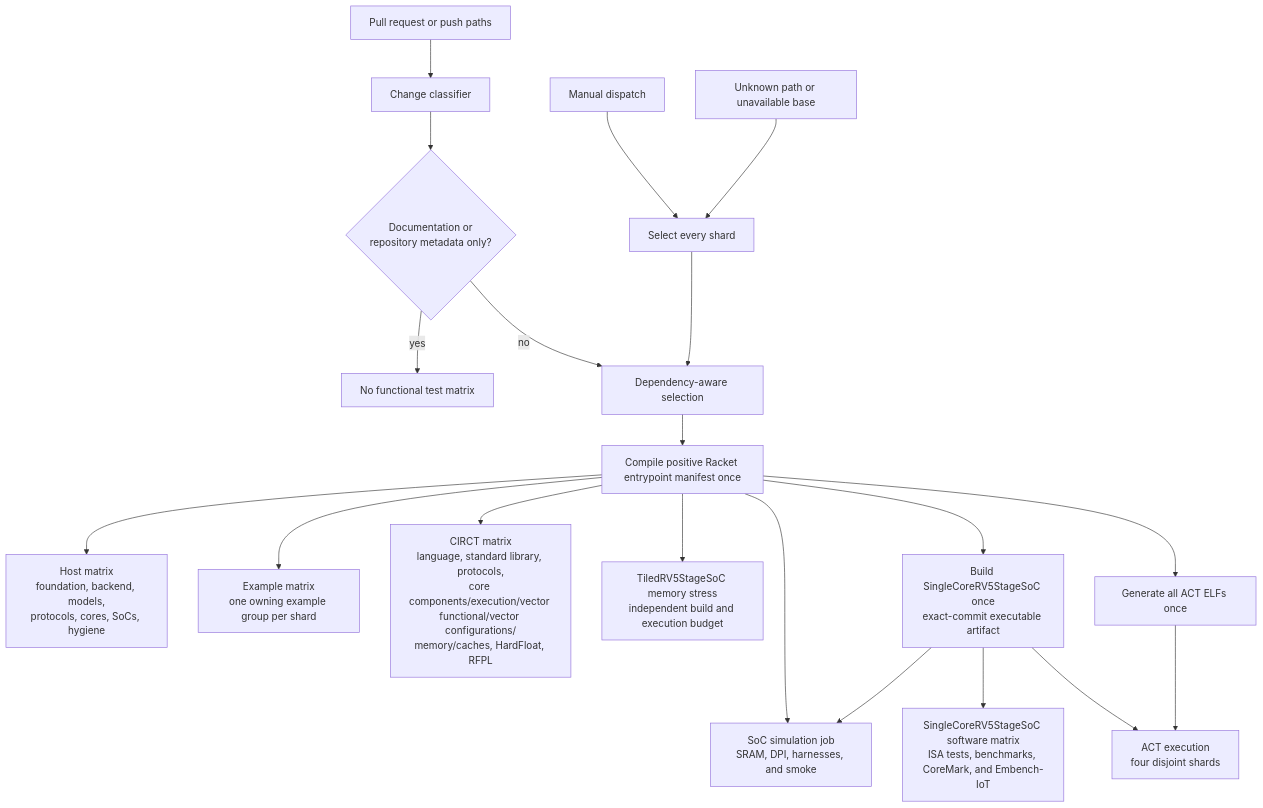
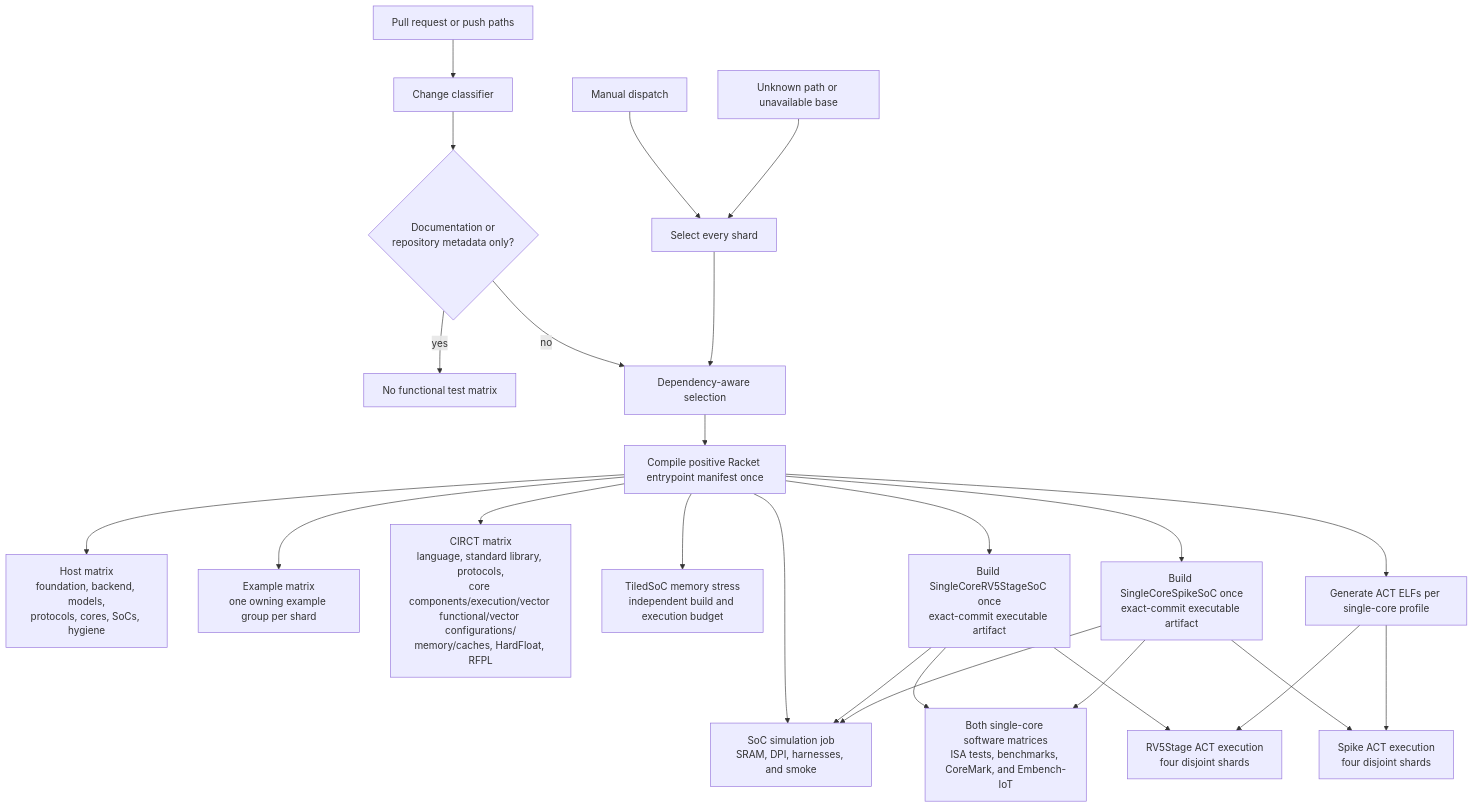
One commit to jerryz123/rhodium changed the diagram in tools/testing/DEVELOPING.md. Above: the diagram before and after it, drawn with Mermaid. The commit also changed other lines of this file and 121 other files, not shown here.

````diff
--- a/tools/testing/DEVELOPING.md
+++ b/tools/testing/DEVELOPING.md
@@ -87,22 +87,27 @@
 ```mermaid
 flowchart TD
     Changes["Pull request or push paths"] --> Classifier["Change classifier"]
     Manual["Manual dispatch"] --> All["Select every shard"]
     Unknown["Unknown path or unavailable base"] --> All
     Classifier --> Docs{"Documentation or<br/>repository metadata only?"}
     Docs -->|yes| None["No functional test matrix"]
     Docs -->|no| Selected["Dependency-aware selection"]
     All --> Selected
     Selected --> Compile["Compile positive Racket entrypoint manifest once"]
     Compile --> Host["Host matrix<br/>foundation, backend, models,<br/>protocols, cores, SoCs, hygiene"]
     Compile --> Examples["Example matrix<br/>one owning example group per shard"]
     Compile --> CIRCT["CIRCT matrix<br/>language, standard library, protocols,<br/>core components/execution/vector functional/vector configurations/<br/>memory/caches, HardFloat, RFPL"]
     Compile --> Simulation["SoC simulation job<br/>SRAM, DPI, harnesses, and smoke"]
-    Compile --> TiledMemory["TiledRV5StageSoC memory stress<br/>independent build and execution budget"]
+    Compile --> TiledMemory["TiledSoC memory stress<br/>independent build and execution budget"]
     Compile --> SimpleBuild["Build SingleCoreRV5StageSoC once<br/>exact-commit executable artifact"]
+    Compile --> SpikeBuild["Build SingleCoreSpikeSoC once<br/>exact-commit executable artifact"]
     SimpleBuild --> Simulation
-    SimpleBuild --> Programs["SingleCoreRV5StageSoC software matrix<br/>ISA tests, benchmarks, CoreMark, and Embench-IoT"]
-    Compile --> ActBuild["Generate all ACT ELFs once"]
-    SimpleBuild --> ActRun["ACT execution<br/>four disjoint shards"]
+    SpikeBuild --> Simulation
+    SimpleBuild --> Programs["Both single-core software matrices<br/>ISA tests, benchmarks, CoreMark, and Embench-IoT"]
+    SpikeBuild --> Programs
+    Compile --> ActBuild["Generate ACT ELFs per single-core profile"]
+    SimpleBuild --> ActRun["RV5Stage ACT execution<br/>four disjoint shards"]
+    SpikeBuild --> SpikeActRun["Spike ACT execution<br/>four disjoint shards"]
     ActBuild --> ActRun
+    ActBuild --> SpikeActRun
 ```
````
